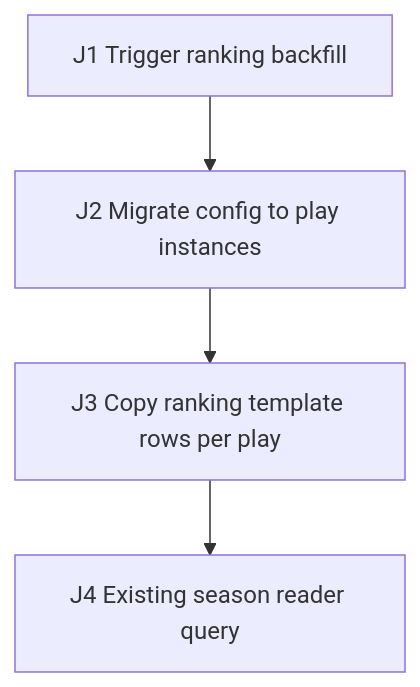
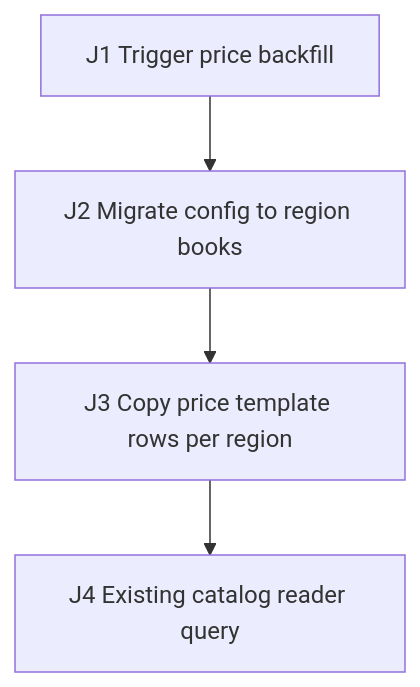
The diagram in tests/fixtures/e2e_test_planner/valid-migration-plan.md (hex1n/asdf), drawn with Mermaid before and after one commit. The commit also changed other lines of this file and 5 other files, not shown here.

````diff
--- a/tests/fixtures/e2e_test_planner/valid-migration-plan.md
+++ b/tests/fixtures/e2e_test_planner/valid-migration-plan.md
@@ -11,6 +11,6 @@
 ```mermaid
 flowchart TD
-  J1["J1 Trigger ranking backfill"] --> J2["J2 Migrate config to play instances"]
-  J2 --> J3["J3 Copy ranking template rows per play"]
-  J3 --> J4["J4 Existing season reader query"]
+  J1["J1 Trigger price backfill"] --> J2["J2 Migrate config to region books"]
+  J2 --> J3["J3 Copy price template rows per region"]
+  J3 --> J4["J4 Existing catalog reader query"]
 ```
````
